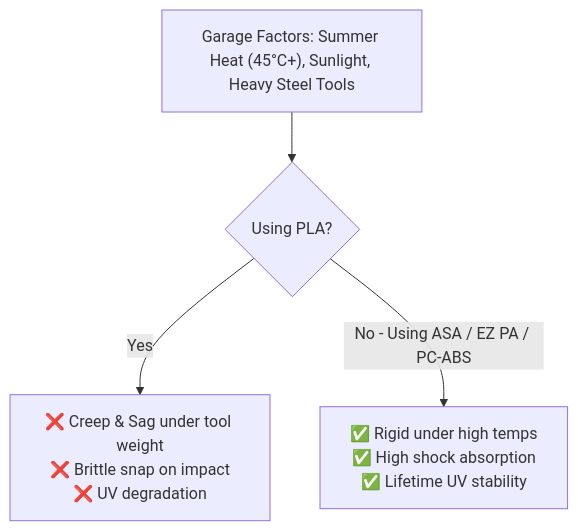
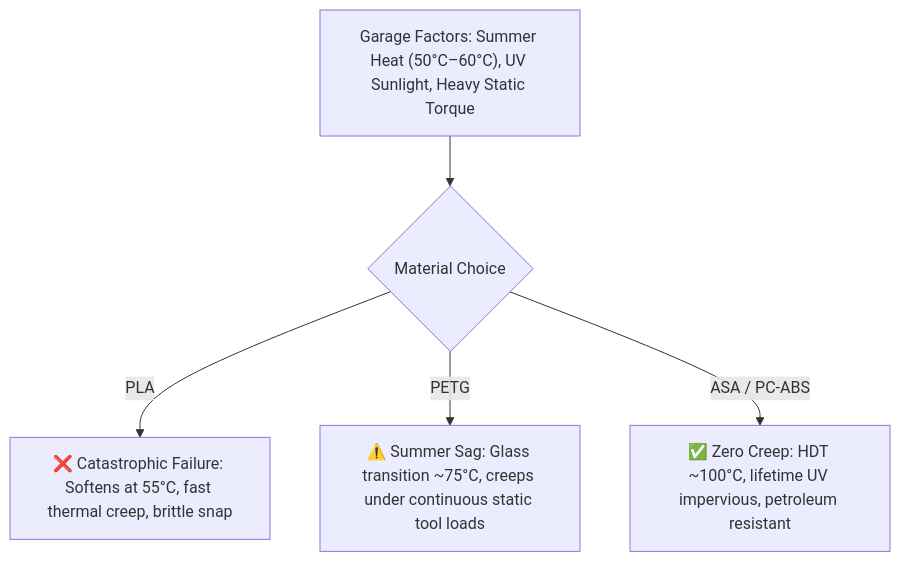
One commit to bar2sek/3d-printing changed the first of 2 diagrams in 04 - Phase 2 - Garage & Workshop Tool Organization.md. Above: the diagram before and after it, drawn with Mermaid. The commit also changed other lines of this file and 2 other files, not shown here.

Commit message:
docs(opengrid): add Full vs Lite profile guide and specify garage ASA standard

````diff
--- a/04 - Phase 2 - Garage & Workshop Tool Organization.md
+++ b/04 - Phase 2 - Garage & Workshop Tool Organization.md
@@ -21,6 +21,7 @@
 ```mermaid
 graph TD
-    A["Garage Factors: Summer Heat (45°C+), Sunlight, Heavy Steel Tools"] --> B{"Using PLA?"}
-    B -->|Yes| C["❌ Creep & Sag under tool weight<br>❌ Brittle snap on impact<br>❌ UV degradation"]
-    B -->|No - Using ASA / EZ PA / PC-ABS| D["✅ Rigid under high temps<br>✅ High shock absorption<br>✅ Lifetime UV stability"]
+    A["Garage Factors: Summer Heat (50°C–60°C), UV Sunlight, Heavy Static Torque"] --> B{"Material Choice"}
+    B -->|PLA| C["❌ Catastrophic Failure: Softens at 55°C, fast thermal creep, brittle snap"]
+    B -->|PETG| D["⚠️ Summer Sag: Glass transition ~75°C, creeps under continuous static tool loads"]
+    B -->|ASA / PC-ABS| E["✅ Zero Creep: HDT ~100°C, lifetime UV impervious, petroleum resistant"]
 ```
````
